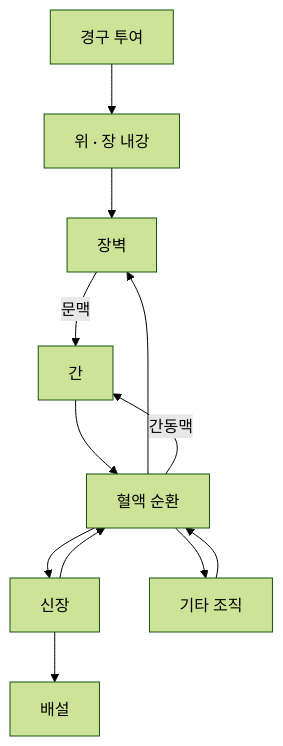
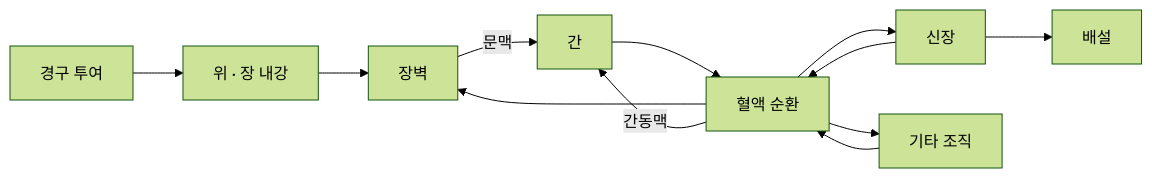
One commit to kkmmhh113/research-portfolio changed the diagram in projects/tissue-modeling/MODEL.md. Above: the diagram before and after it, drawn with Mermaid (forest theme). The commit also changed 4 other files, not shown here.

Commit message:
Polish diagram labels and compact project overview tables

````diff
--- a/projects/tissue-modeling/MODEL.md
+++ b/projects/tissue-modeling/MODEL.md
@@ -11,14 +11,14 @@
 ```mermaid
-flowchart TD
+flowchart LR
     Oral["경구 투여"] --> GI["위 · 장 내강"]
     GI --> Gut["장벽"]
     Gut -->|문맥| Liver["간"]
     Blood["혈액 순환"] --> Gut
     Blood -->|간동맥| Liver
     Liver --> Blood
     Blood --> Kidney["신장"]
     Kidney --> Blood
     Kidney --> Urine["배설"]
     Blood --> Rest["기타 조직"]
     Rest --> Blood
 ```
````
